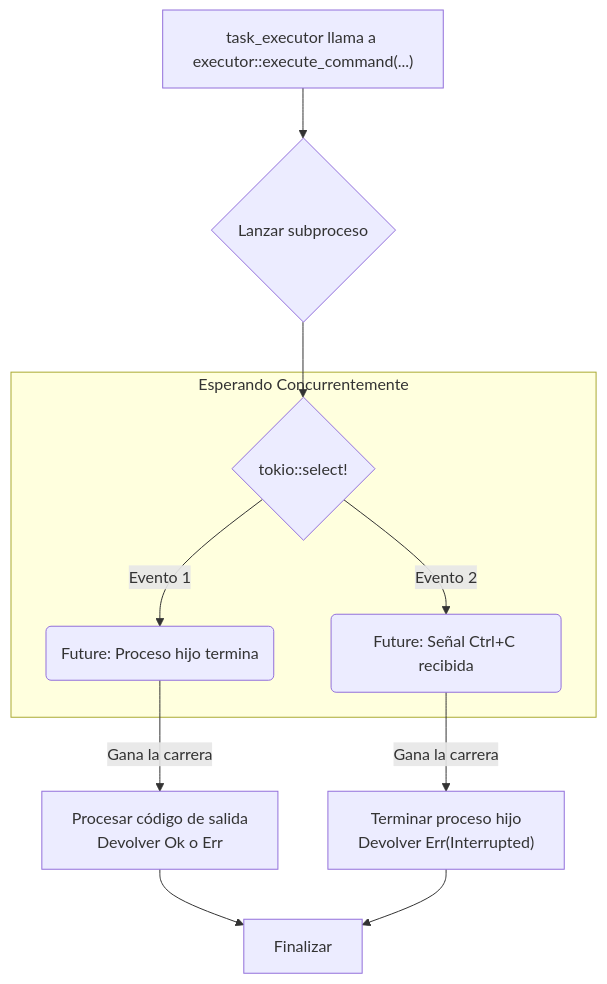
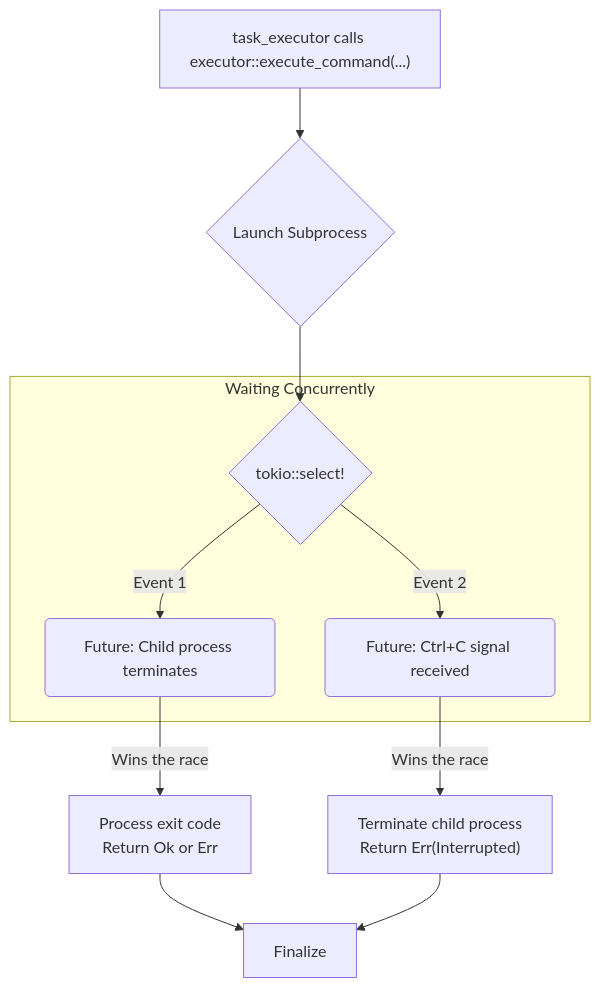
One commit to RetypeOS/axes changed the sixth of 6 diagrams in TECNICAL.md. Above: the diagram before and after it, drawn with Mermaid. The commit also changed other lines of this file and 2 other files, not shown here.

````diff
--- a/TECNICAL.md
+++ b/TECNICAL.md
@@ -327,16 +327,16 @@
 ```mermaid
 graph TD
-    A["task_executor llama a executor::execute_command(...)"] --> B{Lanzar subproceso};
+    A["task_executor calls executor::execute_command(...)"] --> B{Launch Subprocess};
     B --> C{"tokio::select!"};
     
-    subgraph "Esperando Concurrentemente"
-        C -- "Evento 1" --> D("Future: Proceso hijo termina");
-        C -- "Evento 2" --> E("Future: Señal Ctrl+C recibida");
+    subgraph "Waiting Concurrently"
+        C -- "Event 1" --> D("Future: Child process terminates");
+        C -- "Event 2" --> E("Future: Ctrl+C signal received");
     end
 
-    D -- Gana la carrera --> F["Procesar código de salida<br>Devolver Ok o Err"];
-    E -- Gana la carrera --> G["Terminar proceso hijo<br>Devolver Err(Interrupted)"];
+    D -- Wins the race --> F["Process exit code<br>Return Ok or Err"];
+    E -- Wins the race --> G["Terminate child process<br>Return Err(Interrupted)"];
     
-    F --> H["Finalizar"];
+    F --> H["Finalize"];
     G --> H;
 ```
````
